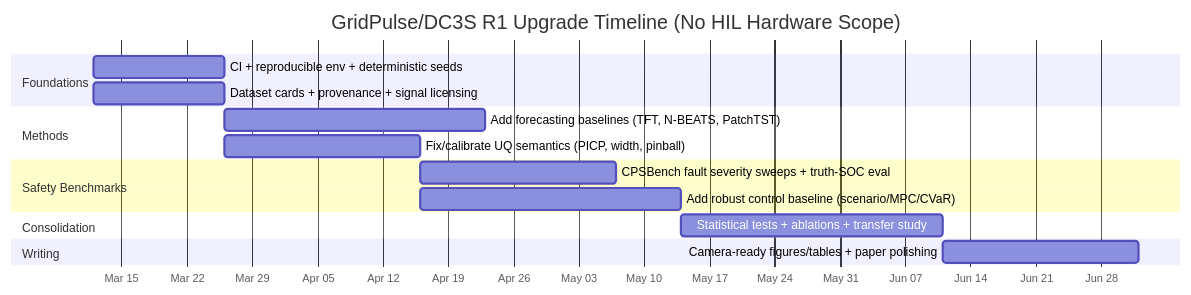
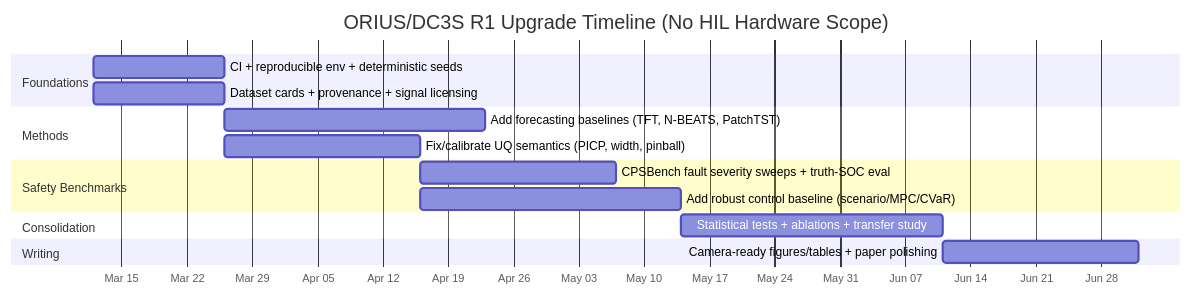
The diagram in paper/file.md (Pratikn03/Capstone_Projects), drawn with Mermaid before and after one commit. The commit also changed other lines of this file and 71 other files, not shown here.

````diff
--- a/paper/file.md
+++ b/paper/file.md
@@ -300,19 +300,19 @@
 ```mermaid
 gantt
-  title GridPulse/DC3S R1 Upgrade Timeline (No HIL Hardware Scope)
+  title ORIUS/DC3S R1 Upgrade Timeline (No HIL Hardware Scope)
   dateFormat  YYYY-MM-DD
   axisFormat  %b %d
   section Foundations
   CI + reproducible env + deterministic seeds         :a1, 2026-03-12, 14d
   Dataset cards + provenance + signal licensing       :a2, 2026-03-12, 14d
   section Methods
   Add forecasting baselines (TFT, N-BEATS, PatchTST)  :b1, 2026-03-26, 28d
   Fix/calibrate UQ semantics (PICP, width, pinball)   :b2, 2026-03-26, 21d
   section Safety Benchmarks
   CPSBench fault severity sweeps + truth-SOC eval     :c1, 2026-04-16, 21d
   Add robust control baseline (scenario/MPC/CVaR)     :c2, 2026-04-16, 28d
   section Consolidation
   Statistical tests + ablations + transfer study      :d1, 2026-05-14, 28d
   section Writing
   Camera-ready figures/tables + paper polishing       :e1, 2026-06-11, 21d
 ```
````
